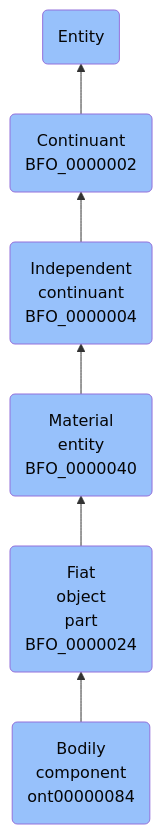
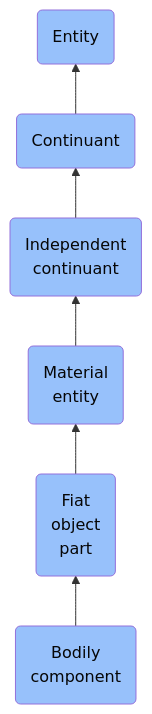
Before and after one commit to jupyter-naas/abi: the diagram in docs/ontology/reference/model/Entity/Continuant/Independent continuant/Material entity/Fiat object part/Bodily component/Bodily component.md, drawn with Mermaid. The commit also changed other lines of this file and 1430 other files, not shown here.

````diff
--- a/docs/ontology/reference/model/Entity/Continuant/Independent continuant/Material entity/Fiat object part/Bodily component/Bodily component.md
+++ b/docs/ontology/reference/model/Entity/Continuant/Independent continuant/Material entity/Fiat object part/Bodily component/Bodily component.md
@@ -24,13 +24,13 @@
 ```mermaid
 graph BT
-    ont00000084(Bodily<br>component<br>ont00000084):::BFO-->BFO_0000024
-    BFO_0000024(Fiat<br>object<br>part<br>BFO_0000024):::BFO-->BFO_0000040
-    BFO_0000040(Material<br>entity<br>BFO_0000040):::BFO-->BFO_0000004
-    BFO_0000004(Independent<br>continuant<br>BFO_0000004):::BFO-->BFO_0000002
-    BFO_0000002(Continuant<br>BFO_0000002):::BFO-->BFO_0000001
+    ont00000084(Bodily<br>component):::BFO-->BFO_0000024
+    BFO_0000024(Fiat<br>object<br>part):::BFO-->BFO_0000040
+    BFO_0000040(Material<br>entity):::BFO-->BFO_0000004
+    BFO_0000004(Independent<br>continuant):::BFO-->BFO_0000002
+    BFO_0000002(Continuant):::BFO-->BFO_0000001
     BFO_0000001(Entity):::BFO
     
     classDef BFO fill:#97c1fb,color:#060606
     classDef CCO fill:#e4c51e,color:#060606
     classDef ABI fill:#48DD82,color:#060606
 ```
````
